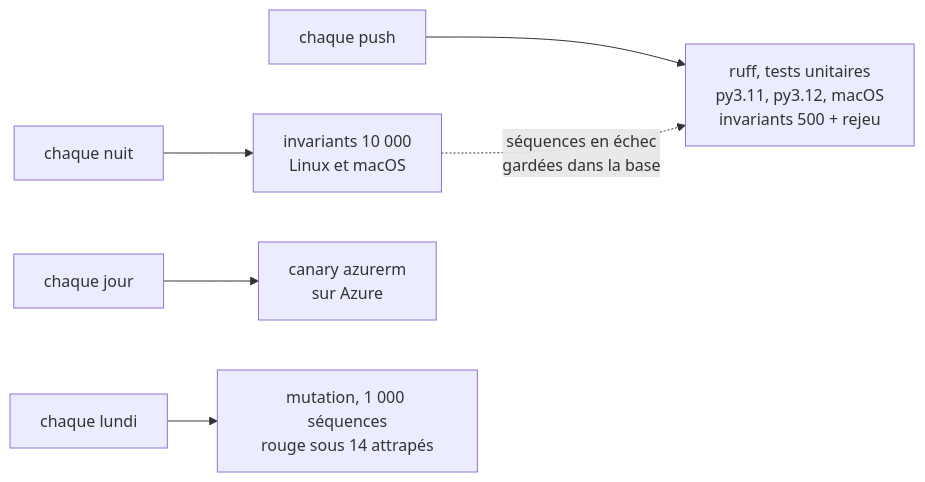
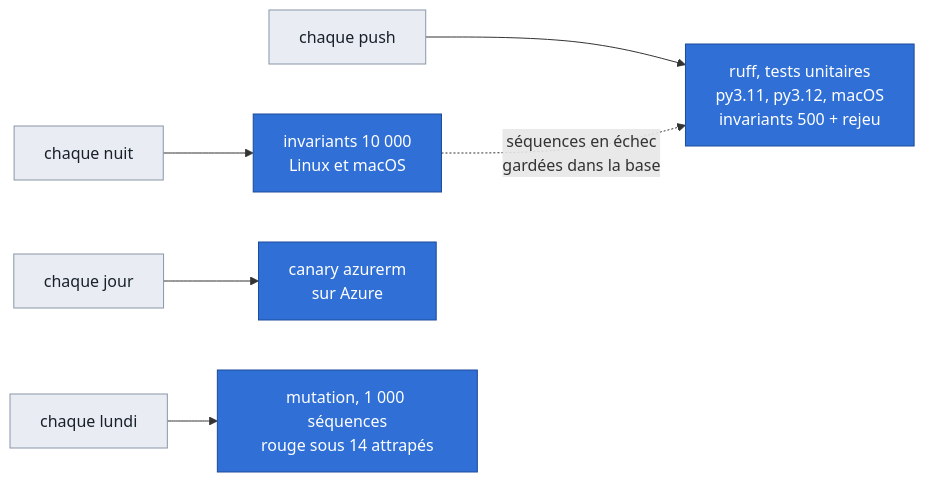
The fifth of 5 diagrams in docs/design/preuves.md (Vanyar53/eregion), drawn with Mermaid before and after one commit. The commit also changed other lines of this file and 3 other files, not shown here.

````diff
--- a/docs/design/preuves.md
+++ b/docs/design/preuves.md
@@ -179,8 +213,12 @@
 ```mermaid
 flowchart LR
     push["chaque push"] --> ci["ruff, tests unitaires<br/>py3.11, py3.12, macOS<br/>invariants 500 + rejeu"]
     nuit["chaque nuit"] --> inv["invariants 10 000<br/>Linux et macOS"]
     inv -. "séquences en échec<br/>gardées dans la base" .-> ci
     jour["chaque jour"] --> can["canary azurerm<br/>sur Azure"]
     lundi["chaque lundi"] --> mut["mutation, 1 000 séquences<br/>rouge sous 14 attrapés"]
+    classDef data fill:#e9edf3,stroke:#8a96a8,color:#18212b
+    classDef blue fill:#2f6fd6,stroke:#1d4a9a,color:#ffffff
+    class push,nuit,jour,lundi data
+    class ci,inv,can,mut blue
 ```
````
